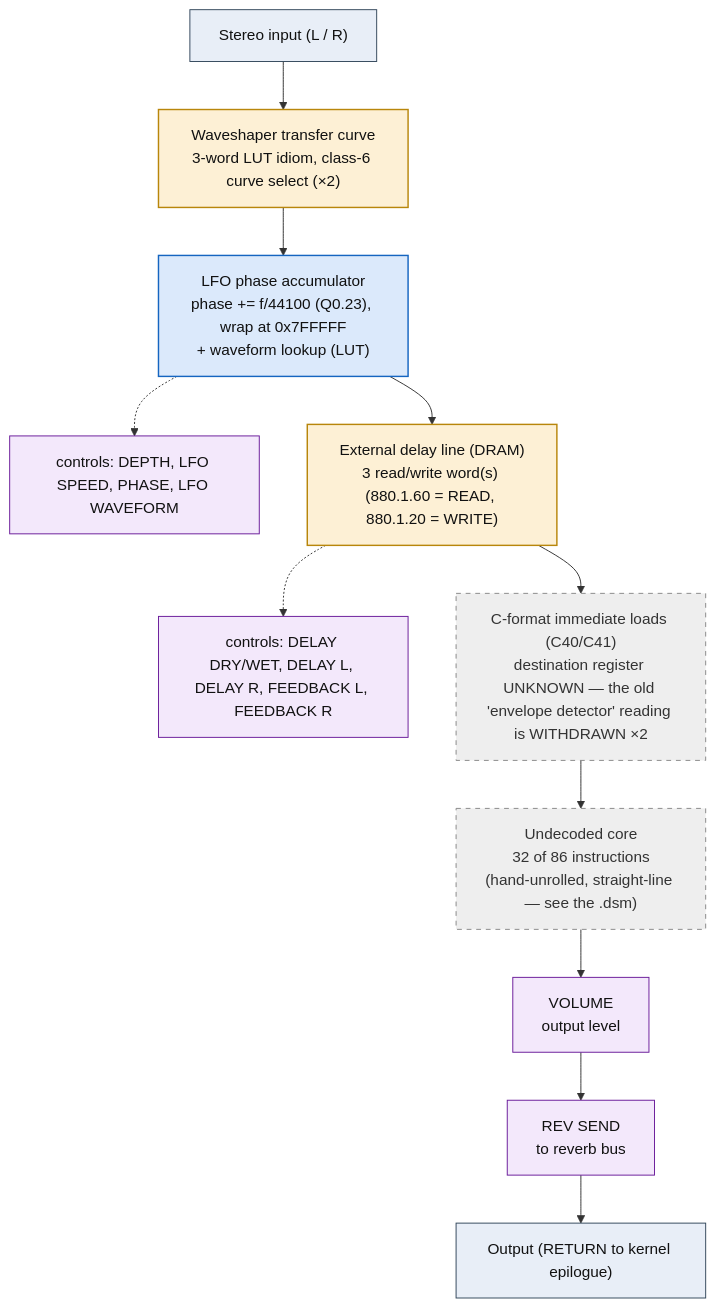
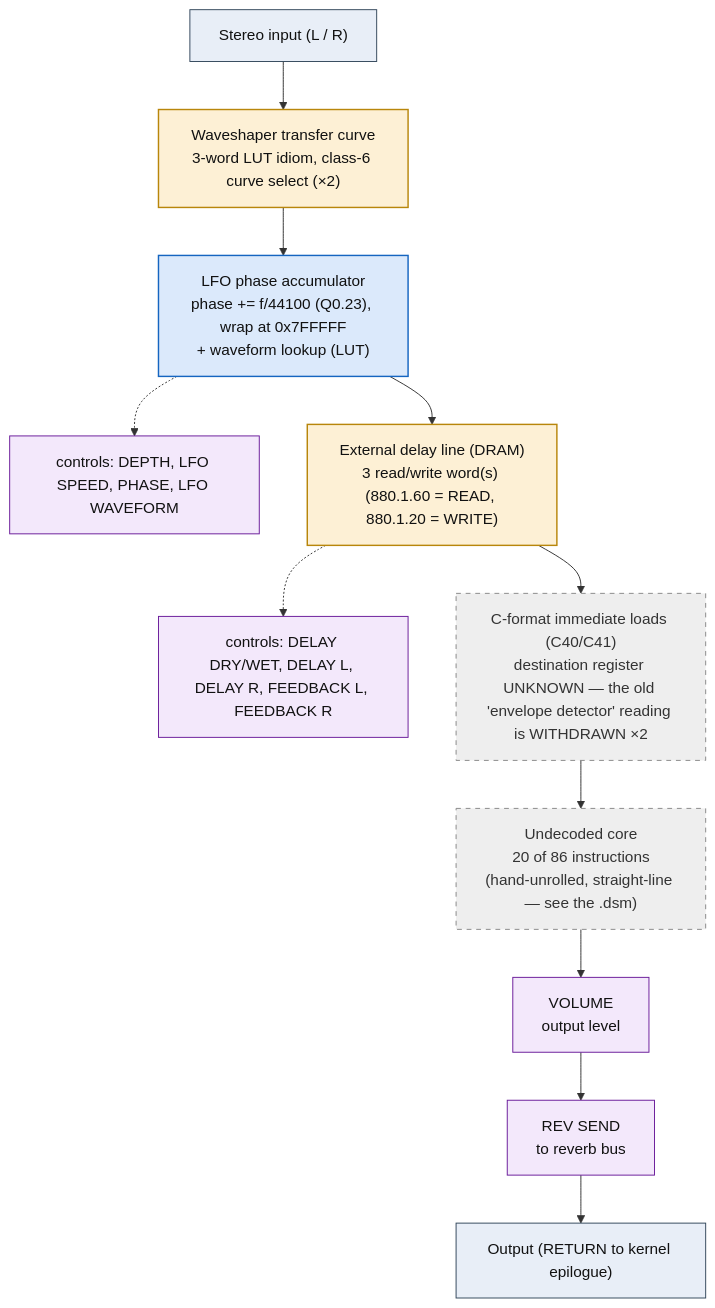
One commit to ArqueologiaDigital/kn5000-roms-disasm changed the diagram in dsp/flowcharts/prog67_s_delay_vibrato.md. Above: the diagram before and after it, drawn with Mermaid. The commit also changed other lines of this file and 78 other files, not shown here.

````diff
--- a/dsp/flowcharts/prog67_s_delay_vibrato.md
+++ b/dsp/flowcharts/prog67_s_delay_vibrato.md
@@ -12,36 +12,36 @@
 ```mermaid
 flowchart TD
     N0["Stereo input (L / R)"]
     N1["Waveshaper transfer curve<br/>3-word LUT idiom, class-6 curve select (&times;2)"]
     N0 --> N1
     N2["LFO phase accumulator<br/>phase += f/44100 (Q0.23), wrap at 0x7FFFFF<br/>+ waveform lookup (LUT)"]
     N1 --> N2
     N3["controls: DEPTH, LFO SPEED, PHASE, LFO WAVEFORM"]
     N2 -.-> N3
     N4["External delay line (DRAM)<br/>3 read/write word(s) (880.1.60 = READ, 880.1.20 = WRITE)"]
     N2 --> N4
     N5["controls: DELAY DRY/WET, DELAY L, DELAY R, FEEDBACK L, FEEDBACK R"]
     N4 -.-> N5
     N6["C-format immediate loads (C40/C41)<br/>destination register UNKNOWN &mdash; the old 'envelope detector' reading is WITHDRAWN &times;2"]
     N4 --> N6
-    N7["Undecoded core<br/>32 of 86 instructions<br/>(hand-unrolled, straight-line &mdash; see the .dsm)"]
+    N7["Undecoded core<br/>20 of 86 instructions<br/>(hand-unrolled, straight-line &mdash; see the .dsm)"]
     N6 --> N7
     N8["VOLUME<br/>output level"]
     N7 --> N8
     N9["REV SEND<br/>to reverb bus"]
     N8 --> N9
     N10["Output (RETURN to kernel epilogue)"]
     N9 --> N10
 
     classDef io fill:#e8eef7,stroke:#33475b,stroke-width:1px,color:#111;
     classDef proven fill:#d7f0d7,stroke:#2e7d32,stroke-width:2px,color:#111;
     classDef measured fill:#dbe9fb,stroke:#1565c0,stroke-width:1.5px,color:#111;
     classDef inferred fill:#fdf0d5,stroke:#b8860b,stroke-width:1.5px,color:#111;
     classDef open fill:#eeeeee,stroke:#888,stroke-width:1px,color:#333,stroke-dasharray:5 5;
     classDef ctrl fill:#f3e8fb,stroke:#6a1b9a,stroke-width:1px,color:#111;
     class N0,N10 io;
     class N1,N4 inferred;
     class N2 measured;
     class N3,N5,N8,N9 ctrl;
     class N6,N7 open;
 ```
````
